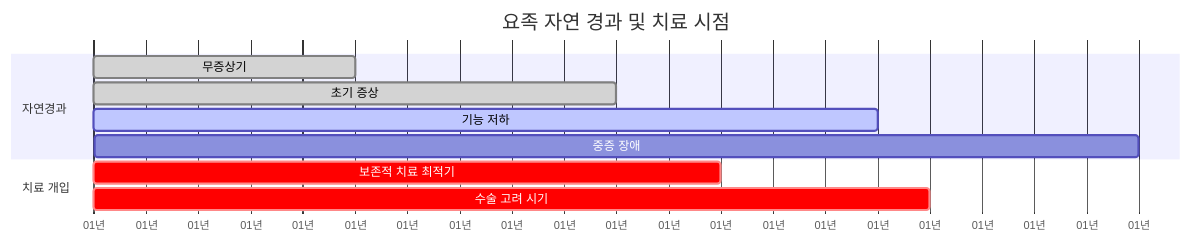
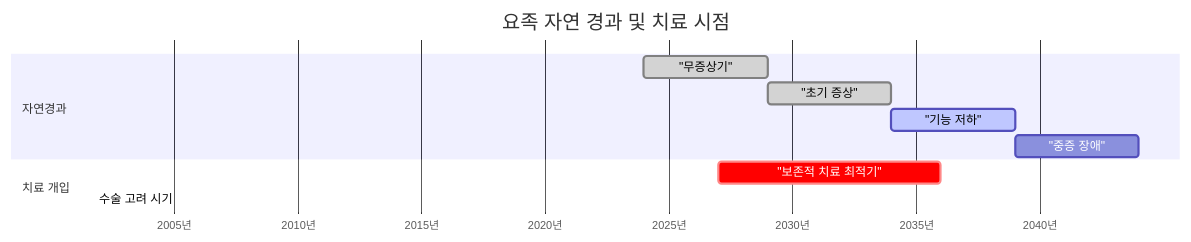
One commit to didghwns0514/walkingfix changed the sixth of 6 diagrams in raw/pes-cavus/research-analysis.md. Above: the diagram before and after it, drawn with Mermaid. The commit also changed other lines of this file and 14 other files, not shown here.

First line of the commit message:
fix: Comprehensive mermaid diagram syntax fixes for GitBook compatibility

````diff
--- a/raw/pes-cavus/research-analysis.md
+++ b/raw/pes-cavus/research-analysis.md
@@ -251,16 +247,16 @@
 ```mermaid
 gantt
     title 요족 자연 경과 및 치료 시점
-    dateFormat X
-    axisFormat %d년
+    dateFormat YYYY-MM-DD
+    axisFormat %Y년
 
     section 자연경과
-    무증상기 : done, phase1, 0, 5
-    초기 증상 : done, phase2, 5, 10
-    기능 저하 : active, phase3, 10, 15
-    중증 장애 : phase4, 15, 20
+    "무증상기" : done, phase1, 2024-01-01, 2029-01-01
+    "초기 증상" : done, phase2, 2029-01-01, 2034-01-01
+    "기능 저하" : active, phase3, 2034-01-01, 2039-01-01
+    "중증 장애" : phase4, 2039-01-01, 2044-01-01
 
     section 치료 개입
-    보존적 치료 최적기 : crit, treat1, 3, 12
+    "보존적 치료 최적기" : crit, treat1, 2027-01-01, 2036-01-01
     수술 고려 시기 : crit, treat2, 10, 16
 ```
````
